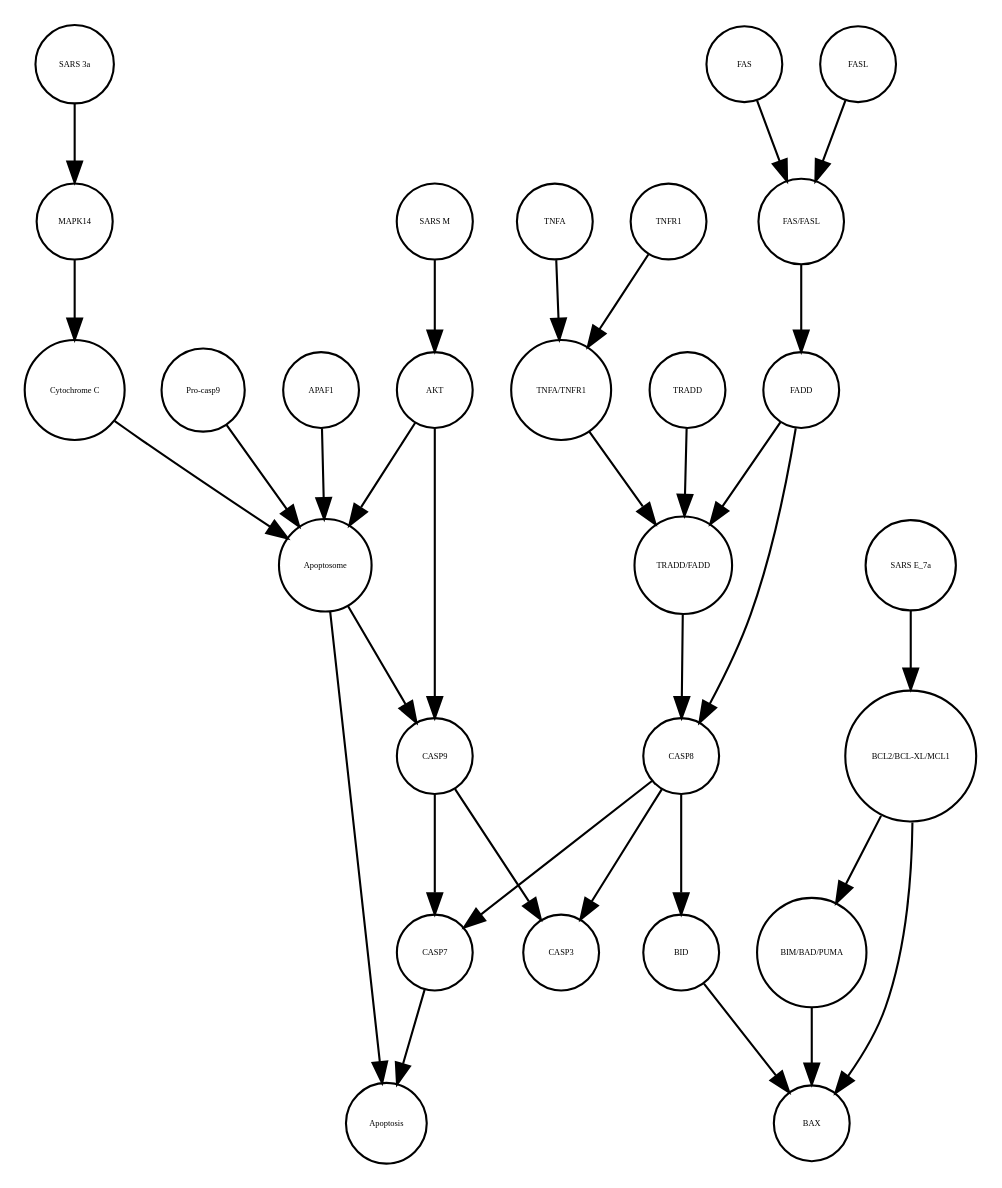
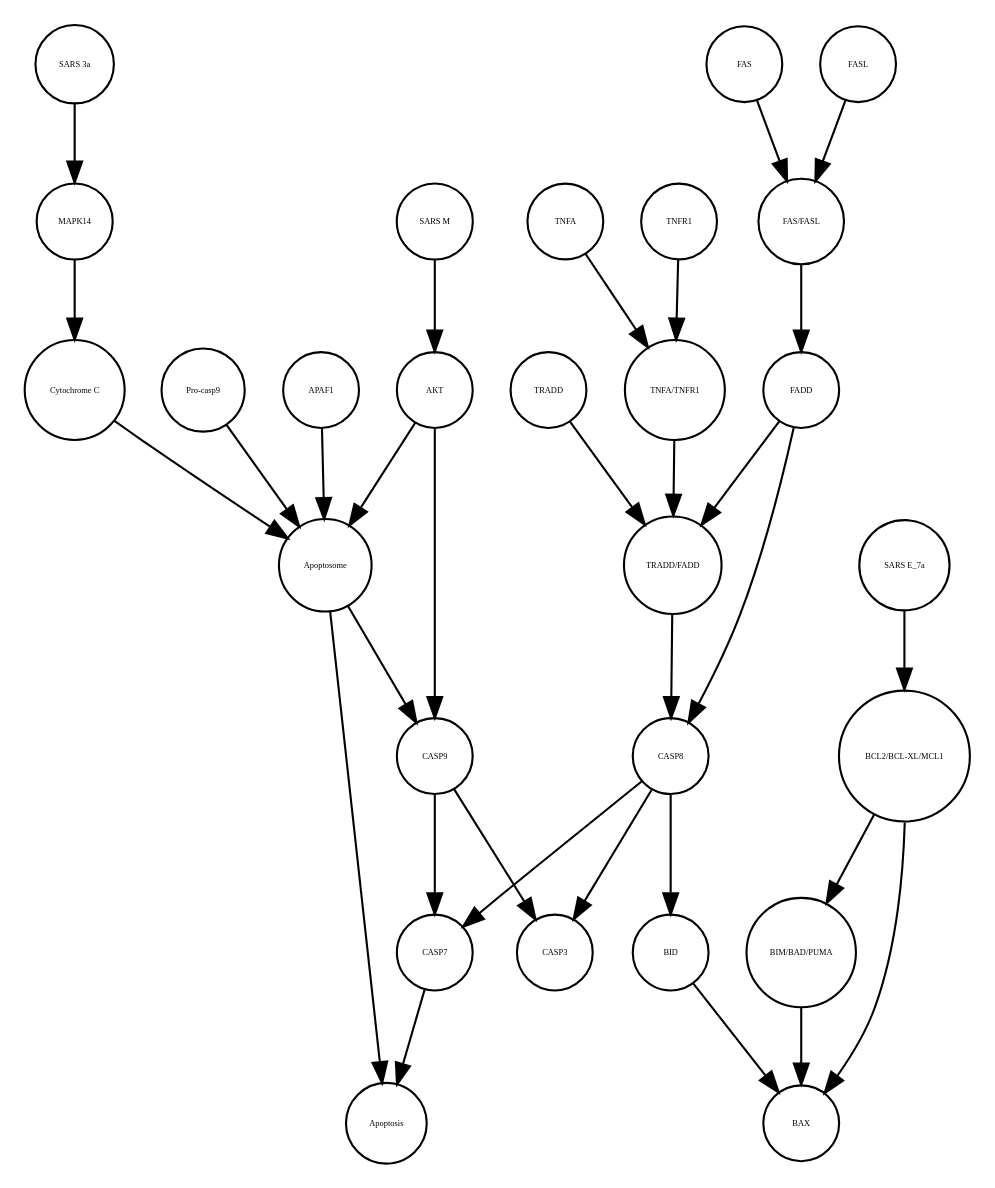
The diagram in Apoptosis_VS_SSA_AN.xml_projected.dot (cannin/covid19-sbgn), drawn with Graphviz before and after one commit. The commit also changed other lines of this file and 637 other files, not shown here.

```diff
--- a/Apoptosis_VS_SSA_AN.xml_projected.dot
+++ b/Apoptosis_VS_SSA_AN.xml_projected.dot
@@ -1,60 +1,60 @@
 strict digraph  {
 CASP7 [annotation="", bipartite=0, cls=macromolecule, fontsize=4, label=CASP7, shape=circle];
 Apoptosis [annotation="", bipartite=0, cls=phenotype, fontsize=4, label=Apoptosis, shape=circle];
 Apoptosome [annotation="", bipartite=0, cls=complex, fontsize=4, label=Apoptosome, shape=circle];
-MAPK14 [annotation="", bipartite=0, cls=macromolecule, fontsize=4, label=MAPK14, shape=circle];
+"SARS 3a" [annotation="", bipartite=0, cls=macromolecule, fontsize=4, label="SARS 3a", shape=circle];
+BID [annotation="", bipartite=0, cls=macromolecule, fontsize=4, label=BID, shape=circle];
+TNFR1 [annotation="", bipartite=0, cls=macromolecule, fontsize=4, label=TNFR1, shape=circle];
+FADD [annotation="", bipartite=0, cls=macromolecule, fontsize=4, label=FADD, shape=circle];
+FASL [annotation="", bipartite=0, cls=macromolecule, fontsize=4, label=FASL, shape=circle];
 "SARS E_7a" [annotation="", bipartite=0, cls=macromolecule, fontsize=4, label="SARS E_7a", shape=circle];
-"SARS 3a" [annotation="", bipartite=0, cls=macromolecule, fontsize=4, label="SARS 3a", shape=circle];
-TNFR1 [annotation="", bipartite=0, cls=macromolecule, fontsize=4, label=TNFR1, shape=circle];
-"BIM/BAD/PUMA" [annotation="", bipartite=0, cls=complex, fontsize=4, label="BIM/BAD/PUMA", shape=circle];
+"TNFA/TNFR1" [annotation="", bipartite=0, cls=complex, fontsize=4, label="TNFA/TNFR1", shape=circle];
 CASP9 [annotation="", bipartite=0, cls=macromolecule, fontsize=4, label=CASP9, shape=circle];
 "Cytochrome C" [annotation="", bipartite=0, cls=macromolecule, fontsize=4, label="Cytochrome C", shape=circle];
+FAS [annotation="", bipartite=0, cls=macromolecule, fontsize=4, label=FAS, shape=circle];
+"FAS/FASL" [annotation="", bipartite=0, cls=complex, fontsize=4, label="FAS/FASL", shape=circle];
+BAX [annotation="", bipartite=0, cls=macromolecule, fontsize=4, label=BAX, shape=circle];
+"BIM/BAD/PUMA" [annotation="", bipartite=0, cls=complex, fontsize=4, label="BIM/BAD/PUMA", shape=circle];
+"SARS M" [annotation="", bipartite=0, cls=macromolecule, fontsize=4, label="SARS M", shape=circle];
+TNFA [annotation="", bipartite=0, cls=macromolecule, fontsize=4, label=TNFA, shape=circle];
+MAPK14 [annotation="", bipartite=0, cls=macromolecule, fontsize=4, label=MAPK14, shape=circle];
 "Pro-casp9" [annotation="", bipartite=0, cls=macromolecule, fontsize=4, label="Pro-casp9", shape=circle];
+CASP8 [annotation="", bipartite=0, cls=macromolecule, fontsize=4, label=CASP8, shape=circle];
+AKT [annotation="", bipartite=0, cls=macromolecule, fontsize=4, label=AKT, shape=circle];
 "BCL2/BCL-XL/MCL1" [annotation="", bipartite=0, cls=complex, fontsize=4, label="BCL2/BCL-XL/MCL1", shape=circle];
+"TRADD/FADD" [annotation="", bipartite=0, cls=complex, fontsize=4, label="TRADD/FADD", shape=circle];
+TRADD [annotation="", bipartite=0, cls=macromolecule, fontsize=4, label=TRADD, shape=circle];
+CASP3 [annotation="", bipartite=0, cls=macromolecule, fontsize=4, label=CASP3, shape=circle];
 APAF1 [annotation="", bipartite=0, cls=macromolecule, fontsize=4, label=APAF1, shape=circle];
-CASP3 [annotation="", bipartite=0, cls=macromolecule, fontsize=4, label=CASP3, shape=circle];
-CASP8 [annotation="", bipartite=0, cls=macromolecule, fontsize=4, label=CASP8, shape=circle];
-FADD [annotation="", bipartite=0, cls=macromolecule, fontsize=4, label=FADD, shape=circle];
-TRADD [annotation="", bipartite=0, cls=macromolecule, fontsize=4, label=TRADD, shape=circle];
-BAX [annotation="", bipartite=0, cls=macromolecule, fontsize=4, label=BAX, shape=circle];
-"TNFA/TNFR1" [annotation="", bipartite=0, cls=complex, fontsize=4, label="TNFA/TNFR1", shape=circle];
-TNFA [annotation="", bipartite=0, cls=macromolecule, fontsize=4, label=TNFA, shape=circle];
-"TRADD/FADD" [annotation="", bipartite=0, cls=complex, fontsize=4, label="TRADD/FADD", shape=circle];
-FASL [annotation="", bipartite=0, cls=macromolecule, fontsize=4, label=FASL, shape=circle];
-FAS [annotation="", bipartite=0, cls=macromolecule, fontsize=4, label=FAS, shape=circle];
-BID [annotation="", bipartite=0, cls=macromolecule, fontsize=4, label=BID, shape=circle];
-AKT [annotation="", bipartite=0, cls=macromolecule, fontsize=4, label=AKT, shape=circle];
-"SARS M" [annotation="", bipartite=0, cls=macromolecule, fontsize=4, label="SARS M", shape=circle];
-"FAS/FASL" [annotation="", bipartite=0, cls=complex, fontsize=4, label="FAS/FASL", shape=circle];
 CASP7 -> Apoptosis  [annotation="", interaction_type=stimulation];
 Apoptosome -> Apoptosis  [annotation="", interaction_type=stimulation];
 Apoptosome -> CASP9  [annotation="urn_miriam_kegg.pathway_hsa04210", interaction_type=catalysis];
-MAPK14 -> "Cytochrome C"  [annotation="urn_miriam_kegg.pathway_hsa04210|urn_miriam_pubmed_31226023", interaction_type=catalysis];
+"SARS 3a" -> MAPK14  [annotation=urn_miriam_pubmed_31226023, interaction_type=catalysis];
+BID -> BAX  [annotation=urn_miriam_pubmed_31226023, interaction_type=catalysis];
+TNFR1 -> "TNFA/TNFR1"  [annotation="", interaction_type=production];
+FADD -> CASP8  [annotation="urn_miriam_kegg.pathway_hsa04210", interaction_type=catalysis];
+FADD -> "TRADD/FADD"  [annotation="", interaction_type=production];
+FASL -> "FAS/FASL"  [annotation="", interaction_type=production];
 "SARS E_7a" -> "BCL2/BCL-XL/MCL1"  [annotation="", interaction_type=inhibition];
-"SARS 3a" -> MAPK14  [annotation=urn_miriam_pubmed_31226023, interaction_type=catalysis];
-TNFR1 -> "TNFA/TNFR1"  [annotation="", interaction_type=production];
-"BIM/BAD/PUMA" -> BAX  [annotation=urn_miriam_pubmed_31226023, interaction_type=catalysis];
+"TNFA/TNFR1" -> "TRADD/FADD"  [annotation="urn_miriam_kegg.pathway_hsa04210", interaction_type=catalysis];
 CASP9 -> CASP7  [annotation="urn_miriam_kegg.pathway_hsa04210", interaction_type=catalysis];
 CASP9 -> CASP3  [annotation="urn_miriam_kegg.pathway_hsa04210", interaction_type=catalysis];
 "Cytochrome C" -> Apoptosome  [annotation="", interaction_type=production];
+FAS -> "FAS/FASL"  [annotation="", interaction_type=production];
+"FAS/FASL" -> FADD  [annotation="urn_miriam_kegg.pathway_hsa04210", interaction_type=catalysis];
+"BIM/BAD/PUMA" -> BAX  [annotation=urn_miriam_pubmed_31226023, interaction_type=catalysis];
+"SARS M" -> AKT  [annotation=urn_miriam_pubmed_31226023, interaction_type=inhibition];
+TNFA -> "TNFA/TNFR1"  [annotation="", interaction_type=production];
+MAPK14 -> "Cytochrome C"  [annotation="urn_miriam_kegg.pathway_hsa04210|urn_miriam_pubmed_31226023", interaction_type=catalysis];
 "Pro-casp9" -> Apoptosome  [annotation="", interaction_type=production];
+CASP8 -> CASP7  [annotation="urn_miriam_kegg.pathway_hsa04210", interaction_type=catalysis];
+CASP8 -> BID  [annotation="urn_miriam_kegg.pathway_hsa04210", interaction_type=catalysis];
+CASP8 -> CASP3  [annotation="urn_miriam_kegg.pathway_hsa04210", interaction_type=catalysis];
+AKT -> Apoptosome  [annotation="urn_miriam_kegg.pathway_hsa04210", interaction_type=inhibition];
+AKT -> CASP9  [annotation="urn_miriam_kegg.pathway_hsa04210", interaction_type=inhibition];
 "BCL2/BCL-XL/MCL1" -> BAX  [annotation=urn_miriam_pubmed_31226023, interaction_type=inhibition];
 "BCL2/BCL-XL/MCL1" -> "BIM/BAD/PUMA"  [annotation="", interaction_type=inhibition];
+"TRADD/FADD" -> CASP8  [annotation="urn_miriam_kegg.pathway_hsa04210", interaction_type=catalysis];
+TRADD -> "TRADD/FADD"  [annotation="", interaction_type=production];
 APAF1 -> Apoptosome  [annotation="", interaction_type=production];
-CASP8 -> CASP3  [annotation="urn_miriam_kegg.pathway_hsa04210", interaction_type=catalysis];
-CASP8 -> CASP7  [annotation="urn_miriam_kegg.pathway_hsa04210", interaction_type=catalysis];
-CASP8 -> BID  [annotation="urn_miriam_kegg.pathway_hsa04210", interaction_type=catalysis];
-FADD -> "TRADD/FADD"  [annotation="", interaction_type=production];
-FADD -> CASP8  [annotation="urn_miriam_kegg.pathway_hsa04210", interaction_type=catalysis];
-TRADD -> "TRADD/FADD"  [annotation="", interaction_type=production];
-"TNFA/TNFR1" -> "TRADD/FADD"  [annotation="urn_miriam_kegg.pathway_hsa04210", interaction_type=catalysis];
-TNFA -> "TNFA/TNFR1"  [annotation="", interaction_type=production];
-"TRADD/FADD" -> CASP8  [annotation="urn_miriam_kegg.pathway_hsa04210", interaction_type=catalysis];
-FASL -> "FAS/FASL"  [annotation="", interaction_type=production];
-FAS -> "FAS/FASL"  [annotation="", interaction_type=production];
-BID -> BAX  [annotation=urn_miriam_pubmed_31226023, interaction_type=catalysis];
-AKT -> CASP9  [annotation="urn_miriam_kegg.pathway_hsa04210", interaction_type=inhibition];
-AKT -> Apoptosome  [annotation="urn_miriam_kegg.pathway_hsa04210", interaction_type=inhibition];
-"SARS M" -> AKT  [annotation=urn_miriam_pubmed_31226023, interaction_type=inhibition];
-"FAS/FASL" -> FADD  [annotation="urn_miriam_kegg.pathway_hsa04210", interaction_type=catalysis];
 }
```
